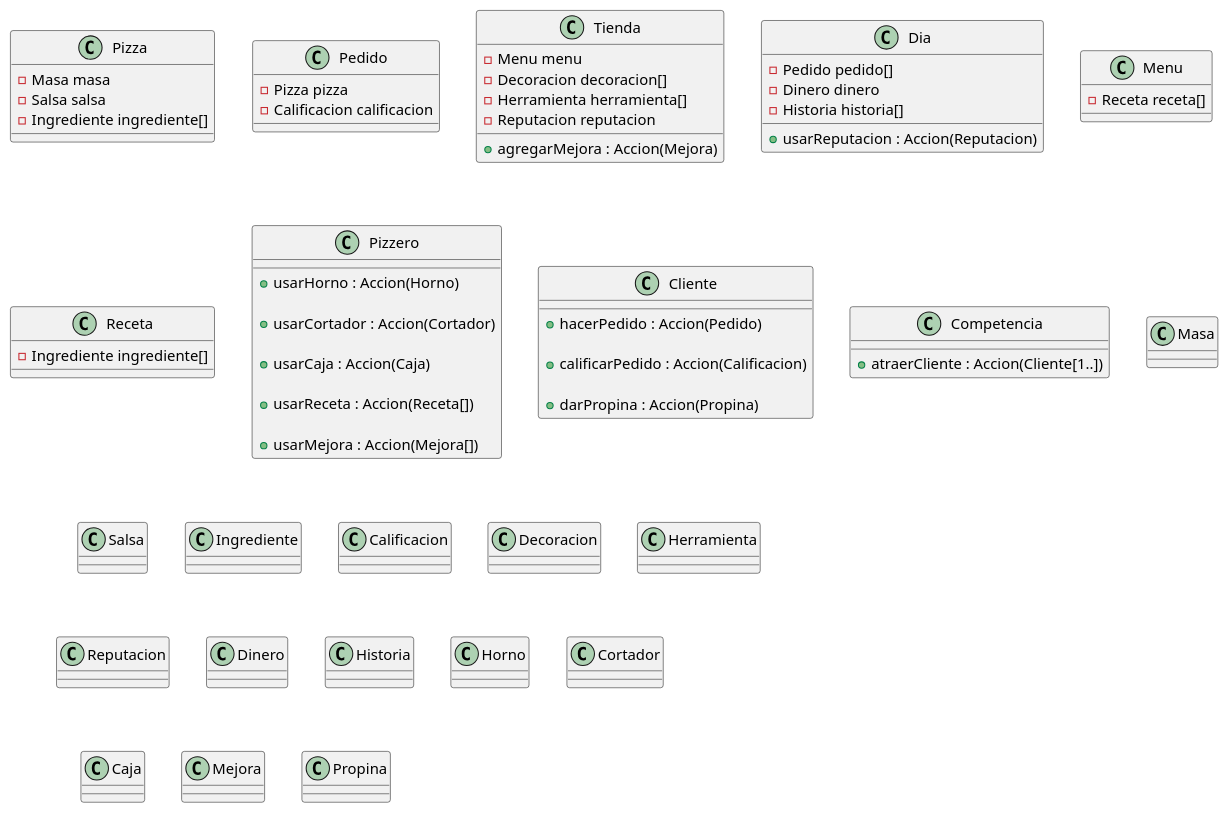
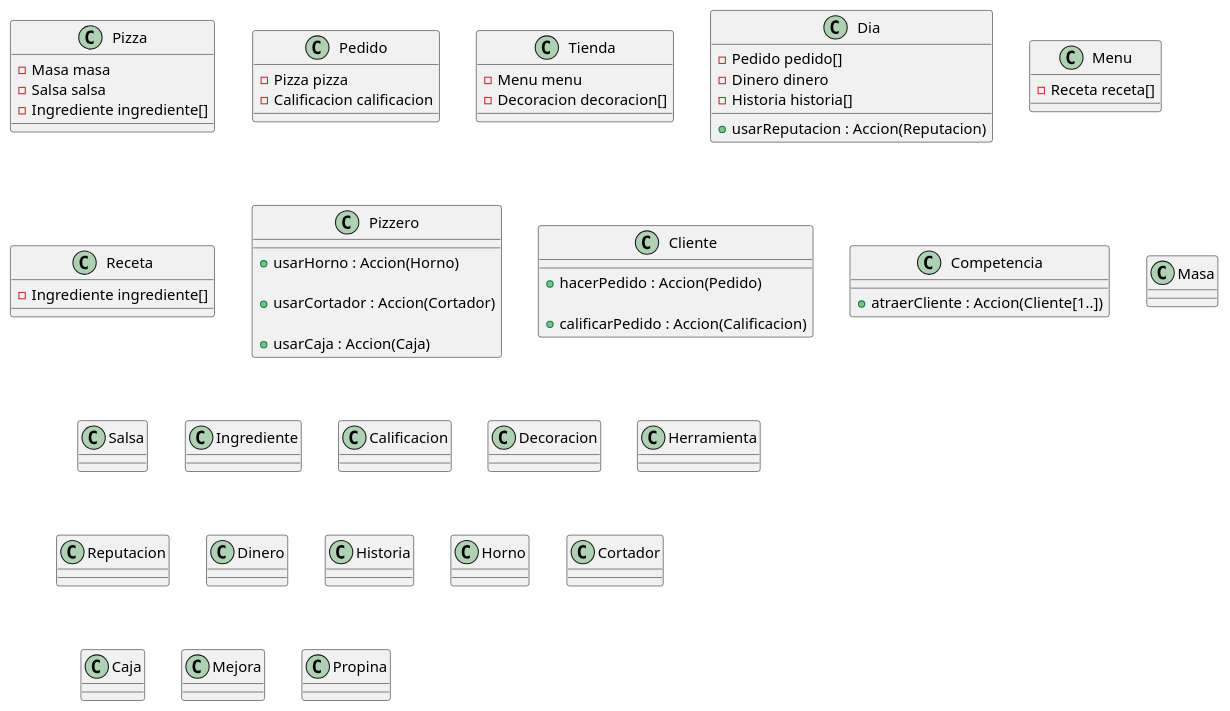
Before and after one commit to sofirdzzz/3e261: the diagram in diagrama.puml, drawn with PlantUML.

Commit message:
practica 4

```diff
--- a/diagrama.puml
+++ b/diagrama.puml
@@ -1,80 +1,73 @@
 @startuml
 class Pizza{
  -Masa masa
  -Salsa salsa
  -Ingrediente ingrediente[]
-}
+} 
 
 class Pedido{
  -Pizza pizza
  -Calificacion calificacion
 }
 
 class Tienda{
  -Menu menu
  -Decoracion decoracion[]
- -Herramienta herramienta[]
- -Reputacion reputacion
-
- +agregarMejora : Accion(Mejora)
 }
 
 class Dia{
  -Pedido pedido[]
  -Dinero dinero
  -Historia historia[]
 
  +usarReputacion : Accion(Reputacion)
 }
 
 class Menu{
  -Receta receta[]
 }
 
 class Receta{
  -Ingrediente ingrediente[]
 }
 
 class Pizzero{
 
  +usarHorno : Accion(Horno)
 
  +usarCortador : Accion(Cortador)
 
  +usarCaja : Accion(Caja)
 
- +usarReceta : Accion(Receta[])
-
- +usarMejora : Accion(Mejora[])
 }
 
 class Cliente{
 
  +hacerPedido : Accion(Pedido)
 
  +calificarPedido : Accion(Calificacion)
 
- +darPropina : Accion(Propina)
+
 }
 
 class Competencia{
 
  +atraerCliente : Accion(Cliente[1..])
 }
 
 class Masa{}
 class Salsa{}
 class Ingrediente{}
 class Calificacion{}
 class Decoracion{}
 class Herramienta{}
 class Reputacion{}
 class Dinero{}
 class Historia{}
 class Horno{}
 class Cortador{}
 class Caja{}
 class Mejora{}
 class Propina{}
 
 @enduml
```
